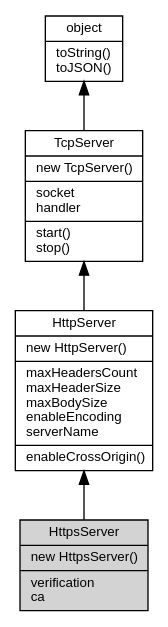
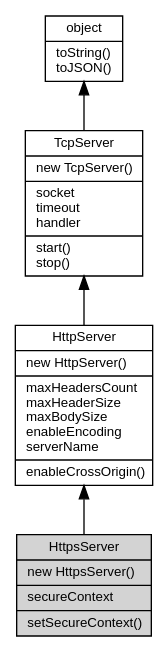
Before and after one commit to fibjs/fibjs.org: the diagram in docs/manual/object/ifs/HttpsServer.md, drawn with Graphviz. The commit also changed other lines of this file and 58 other files, not shown here.

````diff
--- a/docs/manual/object/ifs/HttpsServer.md
+++ b/docs/manual/object/ifs/HttpsServer.md
@@ -34,14 +35,14 @@
 ```dot
 digraph {
     node [fontname="Helvetica,sans-Serif", fontsize=10, shape="record", style="filled", fillcolor="white"];
 
     object [tooltip="object", URL="object.md", label="{object|toString()\ltoJSON()\l}"];
-    TcpServer [tooltip="TcpServer", URL="TcpServer.md", label="{TcpServer|new TcpServer()\l|socket\lhandler\l|start()\lstop()\l}"];
+    TcpServer [tooltip="TcpServer", URL="TcpServer.md", label="{TcpServer|new TcpServer()\l|socket\ltimeout\lhandler\l|start()\lstop()\l}"];
     HttpServer [tooltip="HttpServer", URL="HttpServer.md", label="{HttpServer|new HttpServer()\l|maxHeadersCount\lmaxHeaderSize\lmaxBodySize\lenableEncoding\lserverName\l|enableCrossOrigin()\l}"];
-    HttpsServer [tooltip="HttpsServer", fillcolor="lightgray", id="me", label="{HttpsServer|new HttpsServer()\l|verification\lca\l}"];
+    HttpsServer [tooltip="HttpsServer", fillcolor="lightgray", id="me", label="{HttpsServer|new HttpsServer()\l|secureContext\l|setSecureContext()\l}"];
 
     object -> TcpServer [dir=back];
     TcpServer -> HttpServer [dir=back];
     HttpServer -> HttpsServer [dir=back];
 }
 ```
````
